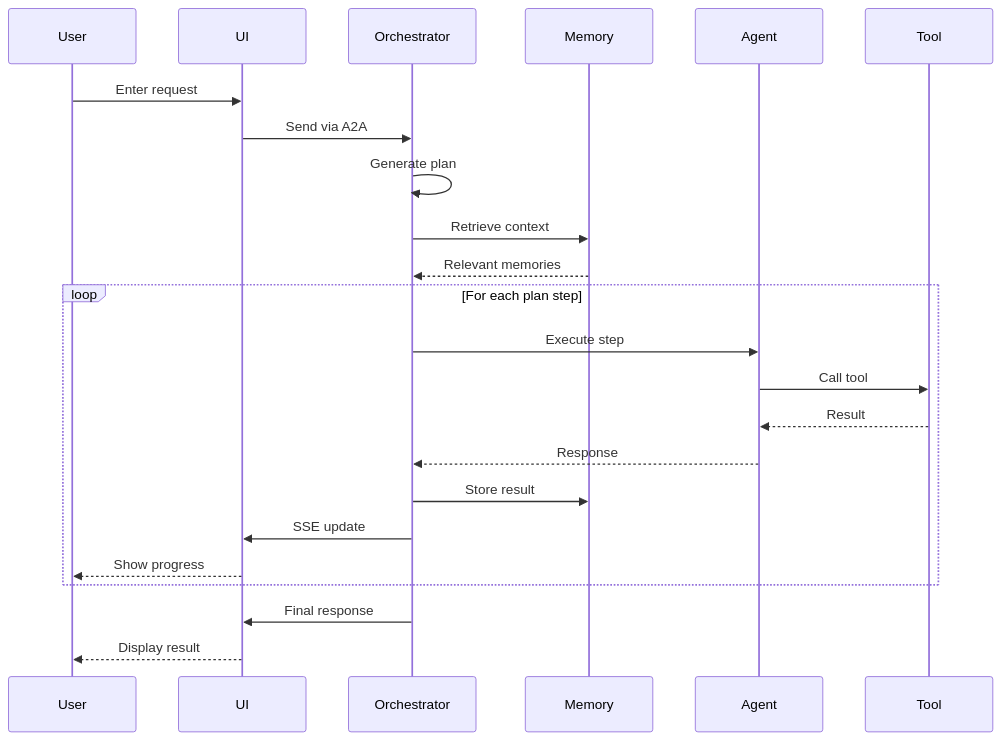
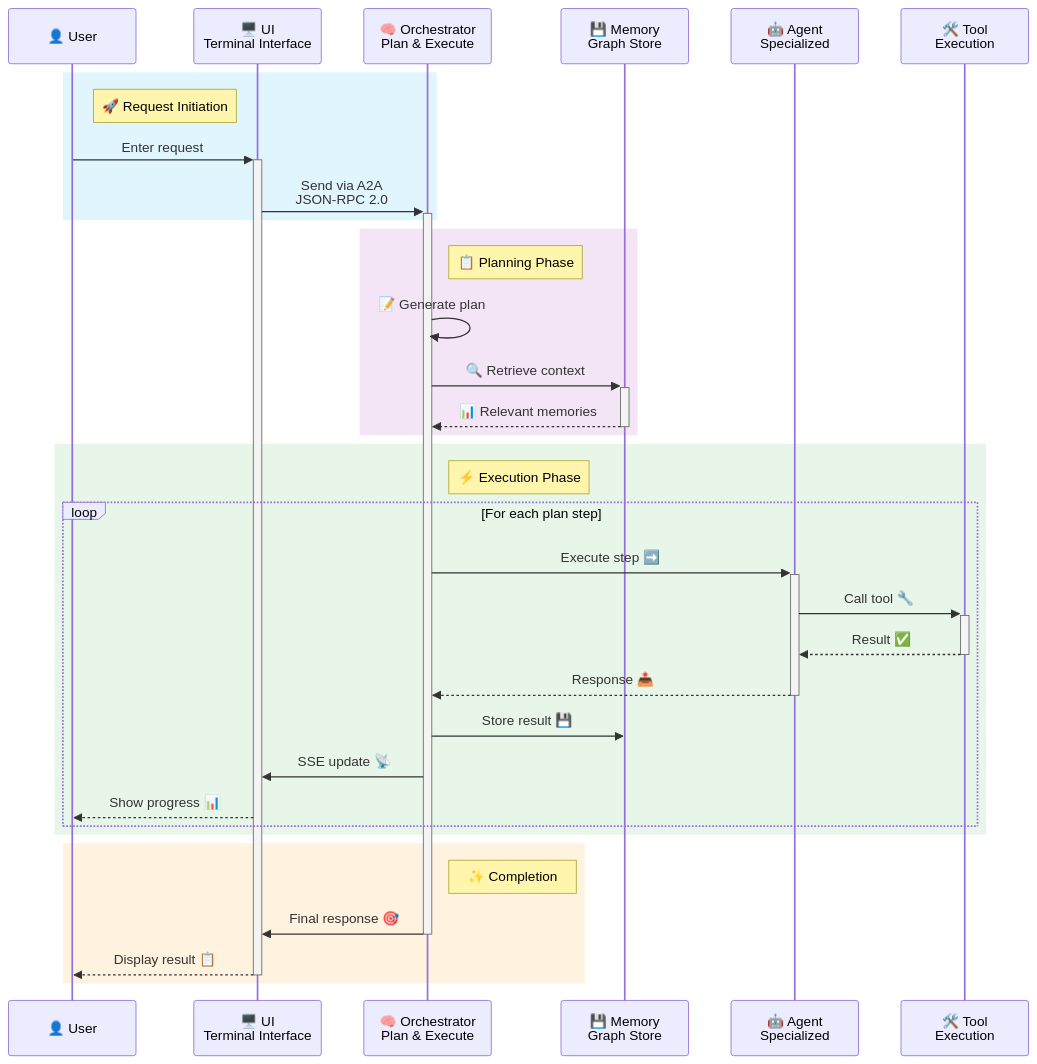
One commit to nickpeterson92/consultant-assistant changed the second of 3 diagrams in docs/guides/comprehensive-onboarding-guide.md. Above: the diagram before and after it, drawn with Mermaid. The commit also changed other lines of this file and 4 other files, not shown here.

Commit message:
try some more mermaid diagrams

````diff
--- a/docs/guides/comprehensive-onboarding-guide.md
+++ b/docs/guides/comprehensive-onboarding-guide.md
@@ -313,28 +317,46 @@
 ```mermaid
 sequenceDiagram
-    participant User
-    participant UI
-    participant Orchestrator
-    participant Memory
-    participant Agent
-    participant Tool
+    %% Define participant styles
+    participant User as 👤 User
+    participant UI as 🖥️ UI<br/>Terminal Interface
+    participant Orchestrator as 🧠 Orchestrator<br/>Plan & Execute
+    participant Memory as 💾 Memory<br/>Graph Store
+    participant Agent as 🤖 Agent<br/>Specialized
+    participant Tool as 🛠️ Tool<br/>Execution
 
-    User->>UI: Enter request
-    UI->>Orchestrator: Send via A2A
-    Orchestrator->>Orchestrator: Generate plan
-    Orchestrator->>Memory: Retrieve context
-    Memory-->>Orchestrator: Relevant memories
-    
-    loop For each plan step
-        Orchestrator->>Agent: Execute step
-        Agent->>Tool: Call tool
-        Tool-->>Agent: Result
-        Agent-->>Orchestrator: Response
-        Orchestrator->>Memory: Store result
-        Orchestrator->>UI: SSE update
-        UI-->>User: Show progress
+    %% User initiates request
+    rect rgb(225, 245, 254)
+        note right of User: 🚀 Request Initiation
+        User->>+UI: Enter request
+        UI->>+Orchestrator: Send via A2A<br/>JSON-RPC 2.0
+    end
+
+    %% Planning phase
+    rect rgb(243, 229, 245)
+        note right of Orchestrator: 📋 Planning Phase
+        Orchestrator->>Orchestrator: 📝 Generate plan
+        Orchestrator->>+Memory: 🔍 Retrieve context
+        Memory-->>-Orchestrator: 📊 Relevant memories
     end
     
-    Orchestrator->>UI: Final response
-    UI-->>User: Display result
+    %% Execution phase
+    rect rgb(232, 245, 233)
+        note right of Orchestrator: ⚡ Execution Phase
+        loop For each plan step
+            Orchestrator->>+Agent: Execute step ➡️
+            Agent->>+Tool: Call tool 🔧
+            Tool-->>-Agent: Result ✅
+            Agent-->>-Orchestrator: Response 📤
+            Orchestrator->>Memory: Store result 💾
+            Orchestrator->>UI: SSE update 📡
+            UI-->>User: Show progress 📊
+        end
+    end
+    
+    %% Completion
+    rect rgb(255, 243, 224)
+        note right of Orchestrator: ✨ Completion
+        Orchestrator->>-UI: Final response 🎯
+        UI-->>-User: Display result 📋
+    end
 ```
````
